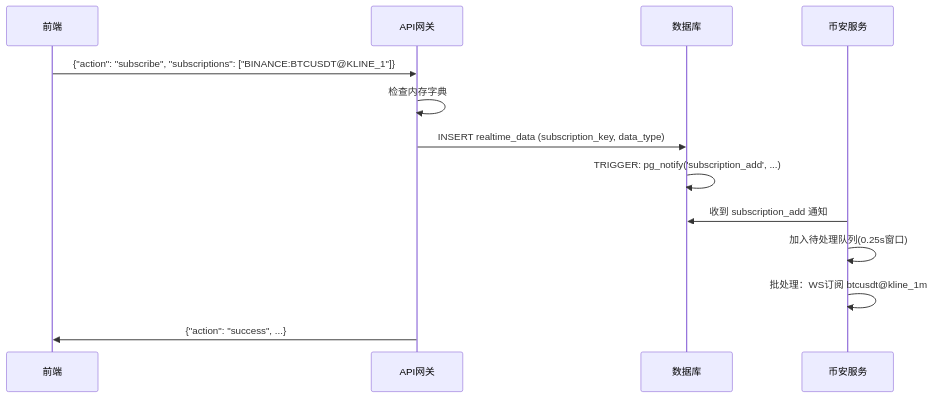
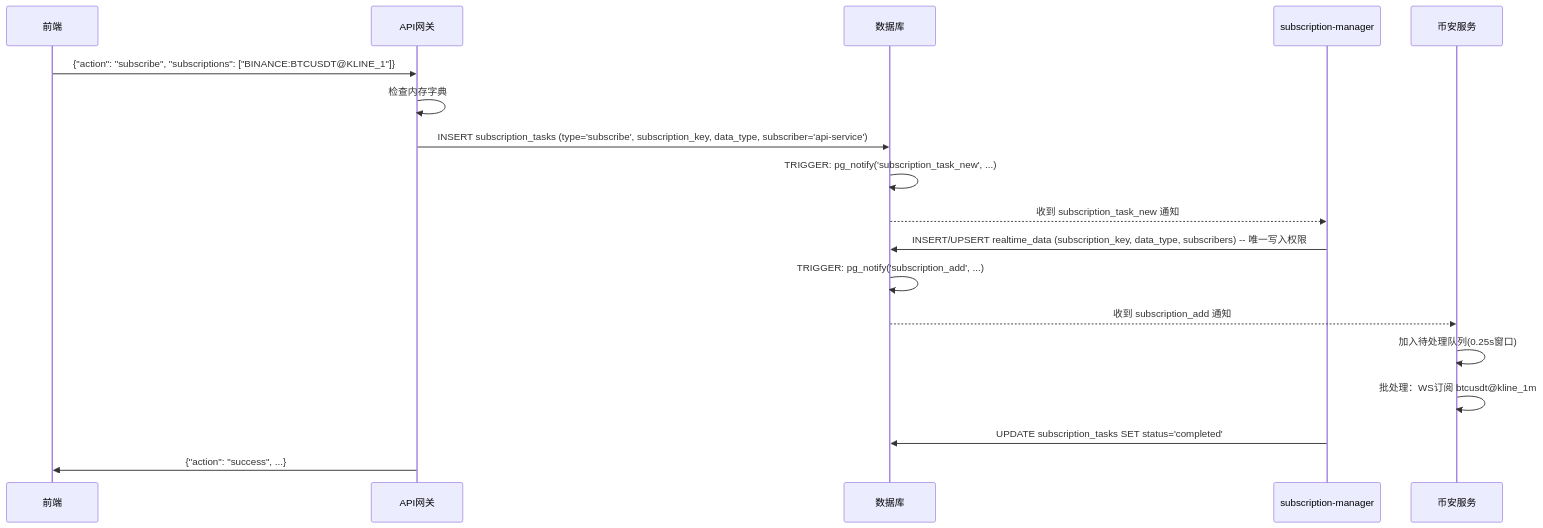
The third of 8 diagrams in docs/backend/design/01-task-subscription.md (mj2154/quant-trading-system-2602), drawn with Mermaid before and after one commit. The commit also changed other lines of this file and 5 other files, not shown here.

````diff
--- a/docs/backend/design/01-task-subscription.md
+++ b/docs/backend/design/01-task-subscription.md
@@ -990,19 +1151,25 @@
 ```mermaid
 sequenceDiagram
     participant Front as 前端
     participant APIGW as API网关
     participant DB as 数据库
+    participant SM as subscription-manager
     participant Binance as 币安服务
 
     Front->>APIGW: {"action": "subscribe", "subscriptions": ["BINANCE:BTCUSDT@KLINE_1"]}
 
     APIGW->>APIGW: 检查内存字典
-    APIGW->>DB: INSERT realtime_data (subscription_key, data_type)
+    APIGW->>DB: INSERT subscription_tasks (type='subscribe', subscription_key, data_type, subscriber='api-service')
+    DB->>DB: TRIGGER: pg_notify('subscription_task_new', ...)
+
+    DB-->>SM: 收到 subscription_task_new 通知
+    SM->>DB: INSERT/UPSERT realtime_data (subscription_key, data_type, subscribers) -- 唯一写入权限
     DB->>DB: TRIGGER: pg_notify('subscription_add', ...)
 
-    Binance->>DB: 收到 subscription_add 通知
+    DB-->>Binance: 收到 subscription_add 通知
     Binance->>Binance: 加入待处理队列(0.25s窗口)
     Binance->>Binance: 批处理：WS订阅 btcusdt@kline_1m
 
+    SM->>DB: UPDATE subscription_tasks SET status='completed'
     APIGW->>Front: {"action": "success", ...}
 ```
````
